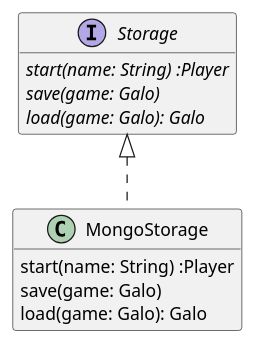
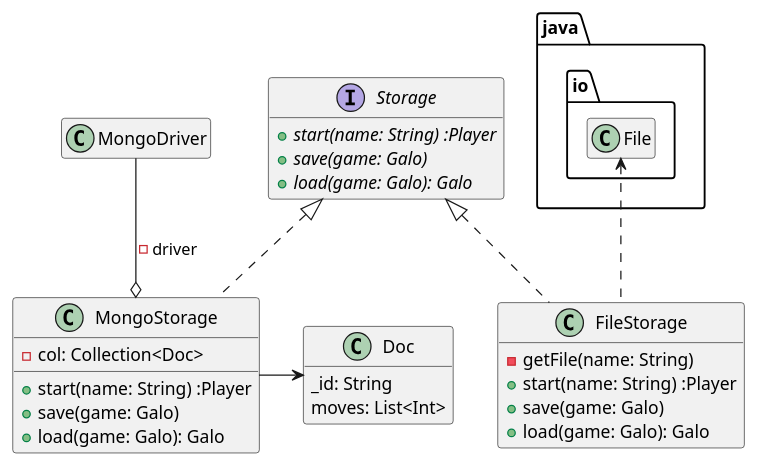
Before and after one commit to isel-leic-tds/2122v.LI31N: the diagram in Galo/src/main/kotlin/isel/leic/tds/galo/storage/storageTypes.puml, drawn with PlantUML. The commit also changed 10 other files, not shown here.

```diff
--- a/Galo/src/main/kotlin/isel/leic/tds/galo/storage/storageTypes.puml
+++ b/Galo/src/main/kotlin/isel/leic/tds/galo/storage/storageTypes.puml
@@ -1,16 +1,32 @@
 @startuml
 
 hide empty members
 
 interface Storage {
-  {abstract} start(name: String) :Player
-  {abstract} save(game: Galo)
-  {abstract} load(game: Galo): Galo
+  {abstract} +start(name: String) :Player
+  {abstract} +save(game: Galo)
+  {abstract} +load(game: Galo): Galo
 }
 
 class MongoStorage implements Storage {
-  start(name: String) :Player
-  save(game: Galo)
-  load(game: Galo): Galo
+  -col: Collection<Doc>
+  +start(name: String) :Player
+  +save(game: Galo)
+  +load(game: Galo): Galo
 }
+MongoDriver --o MongoStorage :-driver
+MongoStorage -> Doc
+class Doc {
+  _id: String
+  moves: List<Int>
+}
+
+
+class FileStorage implements Storage {
+  -getFile(name: String)
+  +start(name: String) :Player
+  +save(game: Galo)
+  +load(game: Galo): Galo
+}
+java.io.File <.. FileStorage
 @enduml
```
